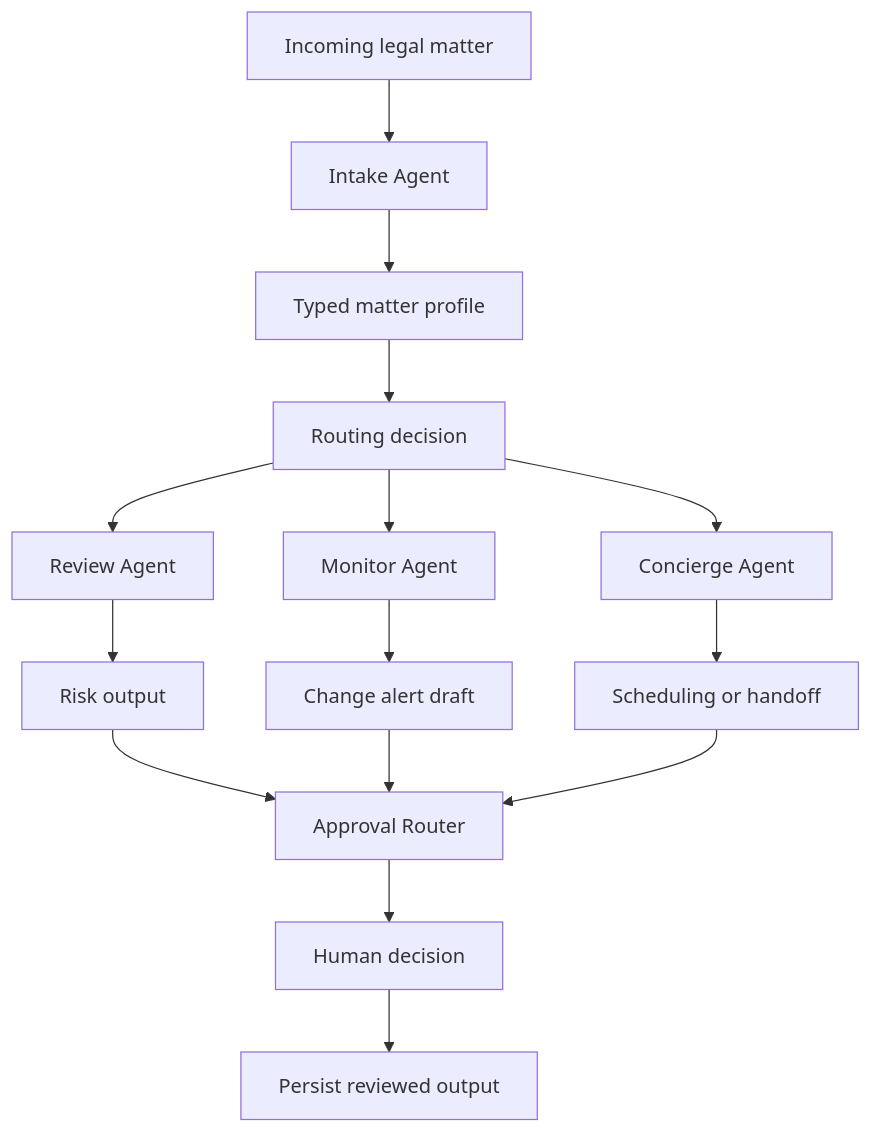
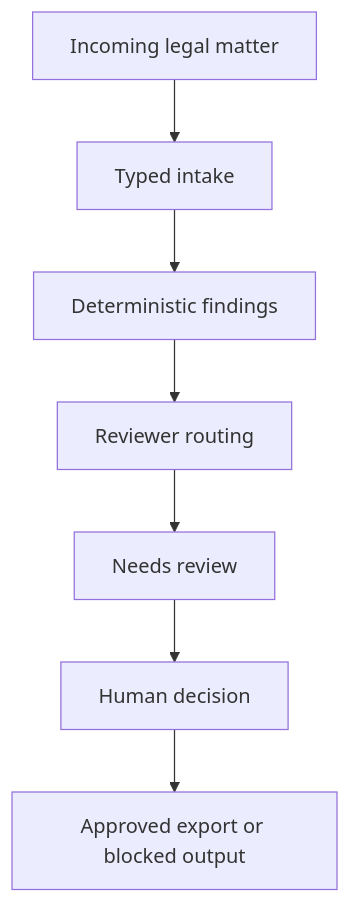
One commit to sebastianfoerste/legal-ops-agent changed the diagram in docs/launch-readiness.md. Above: the diagram before and after it, drawn with Mermaid. The commit also changed other lines of this file and 70 other files, not shown here.

Commit message:
Refocus public repo on supervised legal ops agent

````diff
--- a/docs/launch-readiness.md
+++ b/docs/launch-readiness.md
@@ -13,17 +13,9 @@
 ```mermaid
 flowchart TD
-  A[Incoming legal matter] --> B[Intake Agent]
-  B --> C[Typed matter profile]
-  C --> D[Routing decision]
-  D --> E[Review Agent]
-  D --> F[Monitor Agent]
-  D --> G[Concierge Agent]
-  E --> H[Risk output]
-  F --> I[Change alert draft]
-  G --> J[Scheduling or handoff]
-  H --> K[Approval Router]
-  I --> K
-  J --> K
-  K --> L[Human decision]
-  L --> M[Persist reviewed output]
+  A[Incoming legal matter] --> B[Typed intake]
+  B --> C[Deterministic findings]
+  C --> D[Reviewer routing]
+  D --> E[Needs review]
+  E --> F[Human decision]
+  F --> G[Approved export or blocked output]
 ```
````
